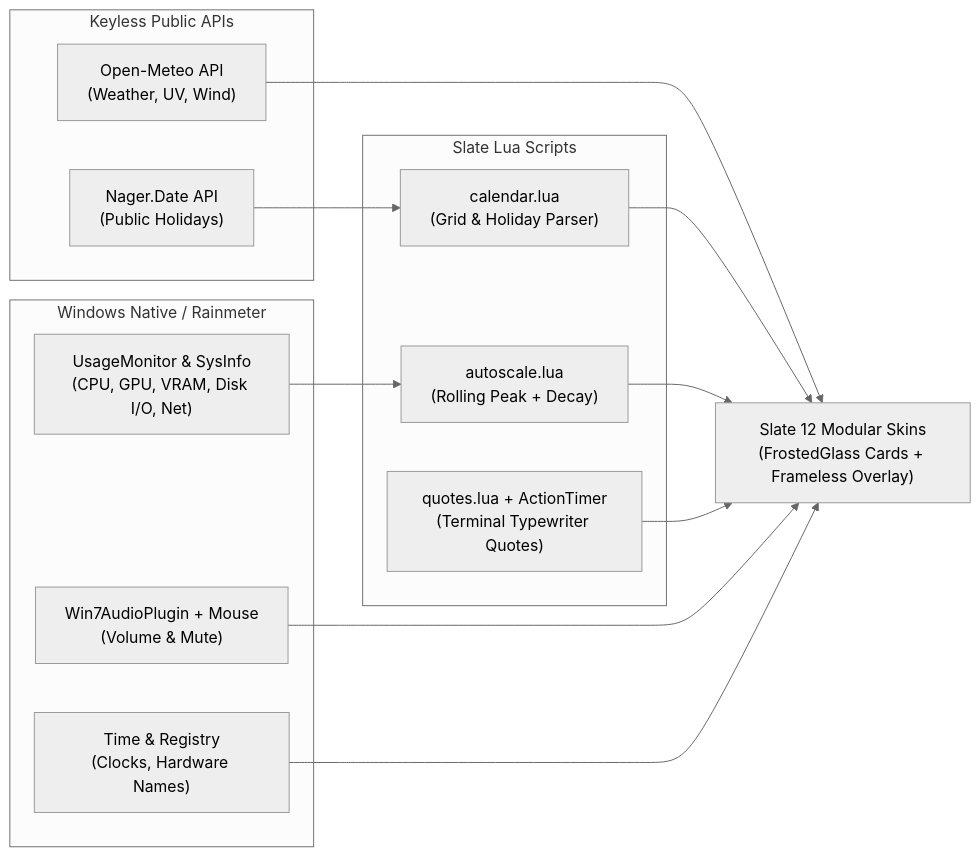
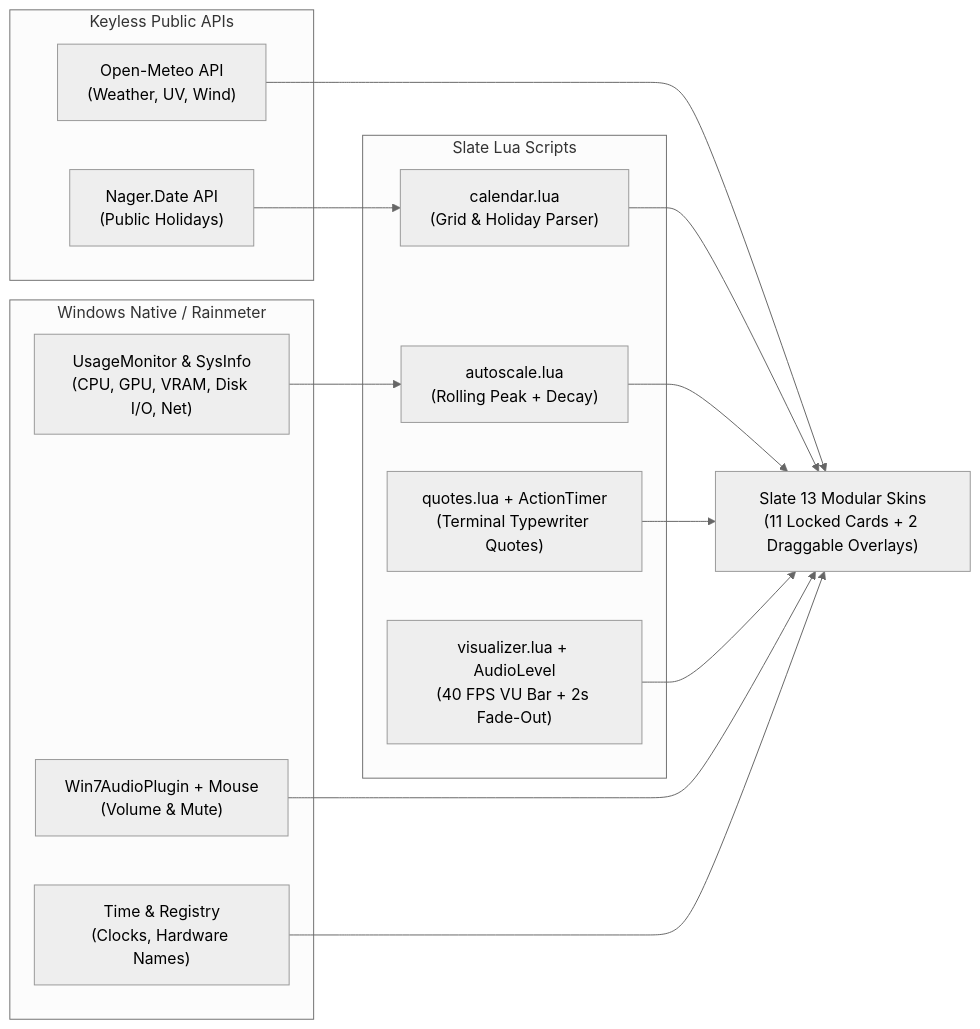
One commit to marcelofrau/slate-rainmeter changed the diagram in README.md. Above: the diagram before and after it, drawn with Mermaid (neutral theme). The commit also changed other lines of this file and 1 other file, not shown here.

Commit message:
docs(README): document Visualizer VU meter bar, column presets, and 2s silence fade-out

````diff
--- a/README.md
+++ b/README.md
@@ -46,26 +48,28 @@
 ```mermaid
 flowchart LR
     subgraph Native["Windows Native / Rainmeter"]
         Perf["UsageMonitor & SysInfo\n(CPU, GPU, VRAM, Disk I/O, Net)"]
         Audio["Win7AudioPlugin + Mouse\n(Volume & Mute)"]
         ClockM["Time & Registry\n(Clocks, Hardware Names)"]
     end
 
     subgraph PublicAPIs["Keyless Public APIs"]
         Meteo["Open-Meteo API\n(Weather, UV, Wind)"]
         Nager["Nager.Date API\n(Public Holidays)"]
     end
 
     subgraph LuaEngine["Slate Lua Scripts"]
         AutoScale["autoscale.lua\n(Rolling Peak + Decay)"]
         CalLua["calendar.lua\n(Grid & Holiday Parser)"]
         QuotesLua["quotes.lua + ActionTimer\n(Terminal Typewriter Quotes)"]
+        VizLua["visualizer.lua + AudioLevel\n(40 FPS VU Bar + 2s Fade-Out)"]
     end
 
-    Perf --> AutoScale --> Skins["Slate 12 Modular Skins\n(FrostedGlass Cards + Frameless Overlay)"]
+    Perf --> AutoScale --> Skins["Slate 13 Modular Skins\n(11 Locked Cards + 2 Draggable Overlays)"]
     Audio --> Skins
     ClockM --> Skins
     Meteo --> Skins
     Nager --> CalLua --> Skins
     QuotesLua --> Skins
+    VizLua --> Skins
 ```
````
